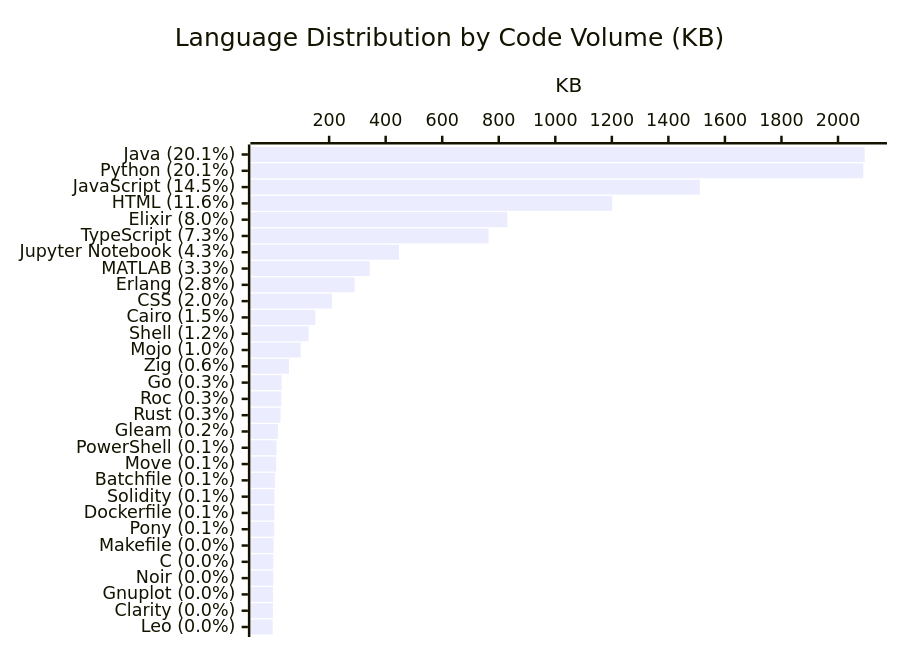
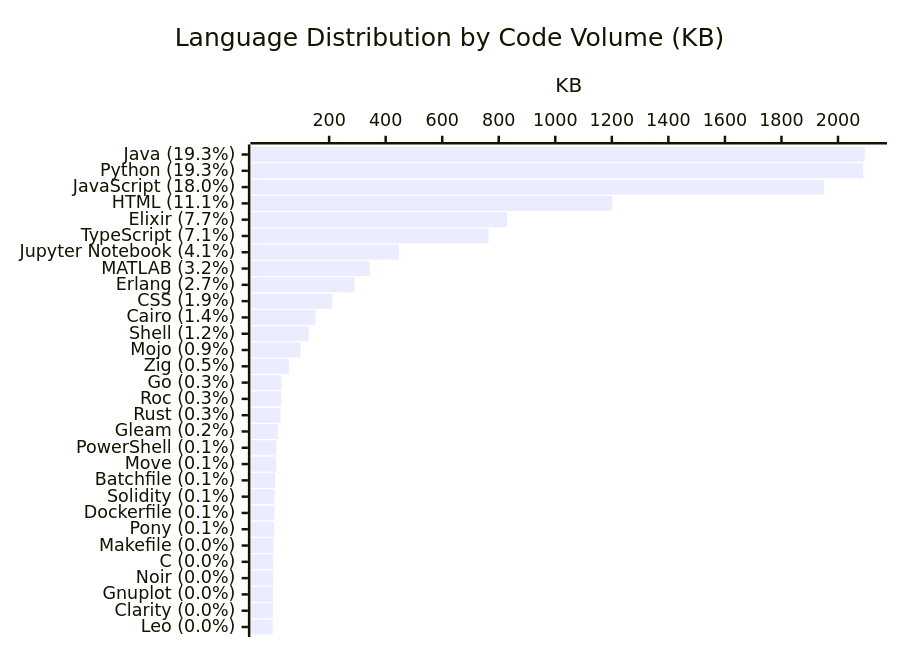
One commit to KathiraveluLab/.github changed the diagram in profile/README.md. Above: the diagram before and after it, drawn with Mermaid. The commit also changed other lines of this file and 1 other file, not shown here.

````diff
--- a/profile/README.md
+++ b/profile/README.md
@@ -75,7 +75,7 @@
 ```mermaid
 xychart-beta horizontal
     title "Language Distribution by Code Volume (KB)"
-    x-axis ["Java (20.1%)", "Python (20.1%)", "JavaScript (14.5%)", "HTML (11.6%)", "Elixir (8.0%)", "TypeScript (7.3%)", "Jupyter Notebook (4.3%)", "MATLAB (3.3%)", "Erlang (2.8%)", "CSS (2.0%)", "Cairo (1.5%)", "Shell (1.2%)", "Mojo (1.0%)", "Zig (0.6%)", "Go (0.3%)", "Roc (0.3%)", "Rust (0.3%)", "Gleam (0.2%)", "PowerShell (0.1%)", "Move (0.1%)", "Batchfile (0.1%)", "Solidity (0.1%)", "Dockerfile (0.1%)", "Pony (0.1%)", "Makefile (0.0%)", "C (0.0%)", "Noir (0.0%)", "Gnuplot (0.0%)", "Clarity (0.0%)", "Leo (0.0%)"]
+    x-axis ["Java (19.3%)", "Python (19.3%)", "JavaScript (18.0%)", "HTML (11.1%)", "Elixir (7.7%)", "TypeScript (7.1%)", "Jupyter Notebook (4.1%)", "MATLAB (3.2%)", "Erlang (2.7%)", "CSS (1.9%)", "Cairo (1.4%)", "Shell (1.2%)", "Mojo (0.9%)", "Zig (0.5%)", "Go (0.3%)", "Roc (0.3%)", "Rust (0.3%)", "Gleam (0.2%)", "PowerShell (0.1%)", "Move (0.1%)", "Batchfile (0.1%)", "Solidity (0.1%)", "Dockerfile (0.1%)", "Pony (0.1%)", "Makefile (0.0%)", "C (0.0%)", "Noir (0.0%)", "Gnuplot (0.0%)", "Clarity (0.0%)", "Leo (0.0%)"]
     y-axis "KB"
-    bar [2094.5, 2089.51, 1511.33, 1201.3, 830.13, 763.92, 446.91, 343.93, 289.93, 210.03, 151.31, 127.55, 99.52, 58.12, 32.03, 30.88, 28.25, 18.9, 13.91, 12.89, 8.48, 6.65, 6.34, 6.01, 3.74, 2.58, 2.46, 1.82, 1.53, 0.26]
+    bar [2094.5, 2089.51, 1951.07, 1201.32, 830.13, 763.92, 446.91, 343.93, 289.93, 211.09, 151.31, 127.55, 99.52, 58.12, 32.03, 30.88, 28.25, 18.9, 13.91, 12.89, 8.48, 6.65, 6.34, 6.01, 3.74, 2.58, 2.46, 1.82, 1.53, 0.26]
 ```
````
